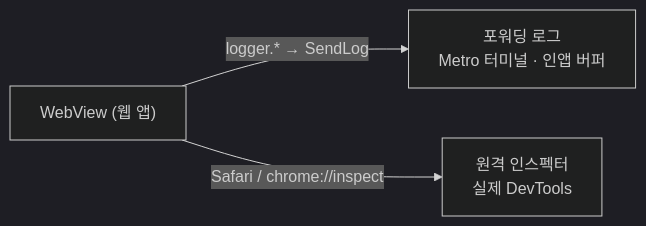
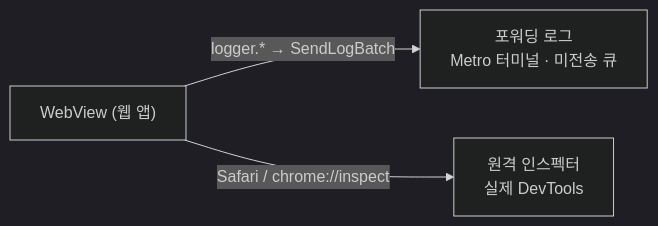
Before and after one commit to lemoncloud-io/dou-app: the diagram in apps/mobile/docs/webview-debugging.md, drawn with Mermaid (dark theme). The commit also changed other lines of this file and 144 other files, not shown here.

````diff
--- a/apps/mobile/docs/webview-debugging.md
+++ b/apps/mobile/docs/webview-debugging.md
@@ -86,6 +94,6 @@
 ```mermaid
 flowchart LR
     WV["WebView (웹 앱)"]
-    WV -->|"logger.* → SendLog"| Fwd["포워딩 로그<br/>Metro 터미널 · 인앱 버퍼"]
+    WV -->|"logger.* → SendLogBatch"| Fwd["포워딩 로그<br/>Metro 터미널 · 미전송 큐"]
     WV -->|"Safari / chrome://inspect"| Insp["원격 인스펙터<br/>실제 DevTools"]
 ```
````
